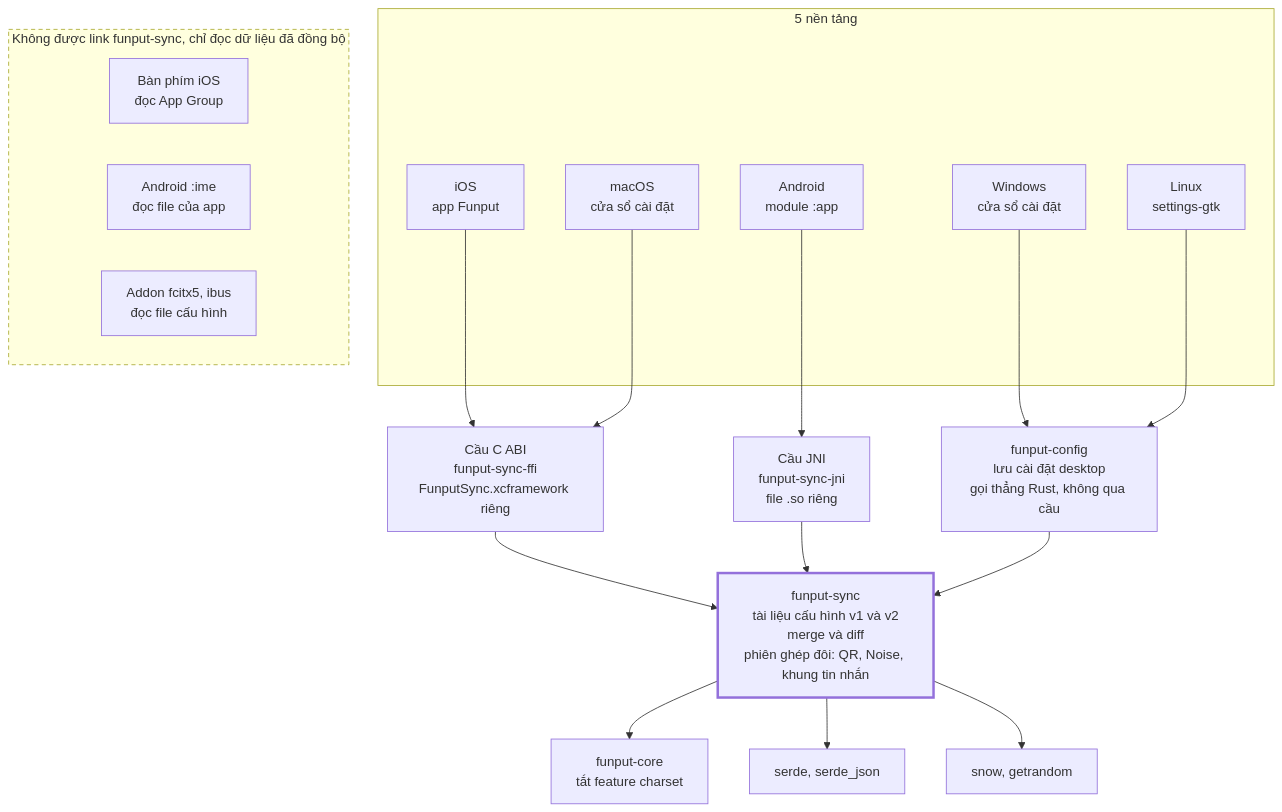
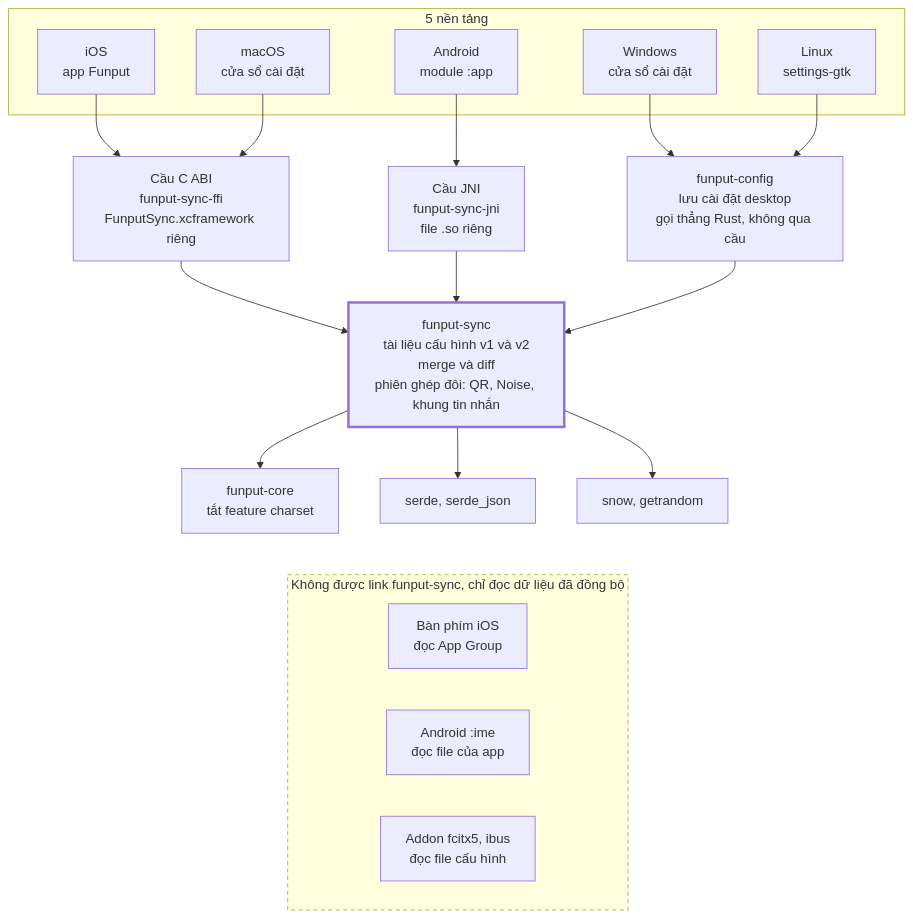
One commit to Funput/Funput changed the first of 2 diagrams in docs/features/device-sync.md. Above: the diagram before and after it, drawn with Mermaid.

Commit message:
docs(sync): keep the excluded group under the core in the diagram

````diff
--- a/docs/features/device-sync.md
+++ b/docs/features/device-sync.md
@@ -140,32 +140,33 @@
 ```mermaid
 flowchart TB
   subgraph shells["5 nền tảng"]
     ios["iOS<br/>app Funput"]
     mac["macOS<br/>cửa sổ cài đặt"]
     and["Android<br/>module :app"]
     win["Windows<br/>cửa sổ cài đặt"]
     lin["Linux<br/>settings-gtk"]
   end
   ffi["Cầu C ABI<br/>funput-sync-ffi<br/>FunputSync.xcframework riêng"]
   jni["Cầu JNI<br/>funput-sync-jni<br/>file .so riêng"]
   cfg["funput-config<br/>lưu cài đặt desktop<br/>gọi thẳng Rust, không qua cầu"]
   core["funput-sync<br/>tài liệu cấu hình v1 và v2<br/>merge và diff<br/>phiên ghép đôi: QR, Noise, khung tin nhắn"]
   ios --> ffi
   mac --> ffi
   and --> jni
   win --> cfg
   lin --> cfg
   ffi --> core
   jni --> core
   cfg --> core
   core --> fcore["funput-core<br/>tắt feature charset"]
   core --> serde["serde, serde_json"]
   core --> snow["snow, getrandom"]
   subgraph excluded["Không được link funput-sync, chỉ đọc dữ liệu đã đồng bộ"]
     kb["Bàn phím iOS<br/>đọc App Group"]
     ime["Android :ime<br/>đọc file của app"]
     fx["Addon fcitx5, ibus<br/>đọc file cấu hình"]
   end
+  serde ~~~ excluded
   style core stroke-width:3px
   style excluded stroke-dasharray: 5 4
 ```
````
